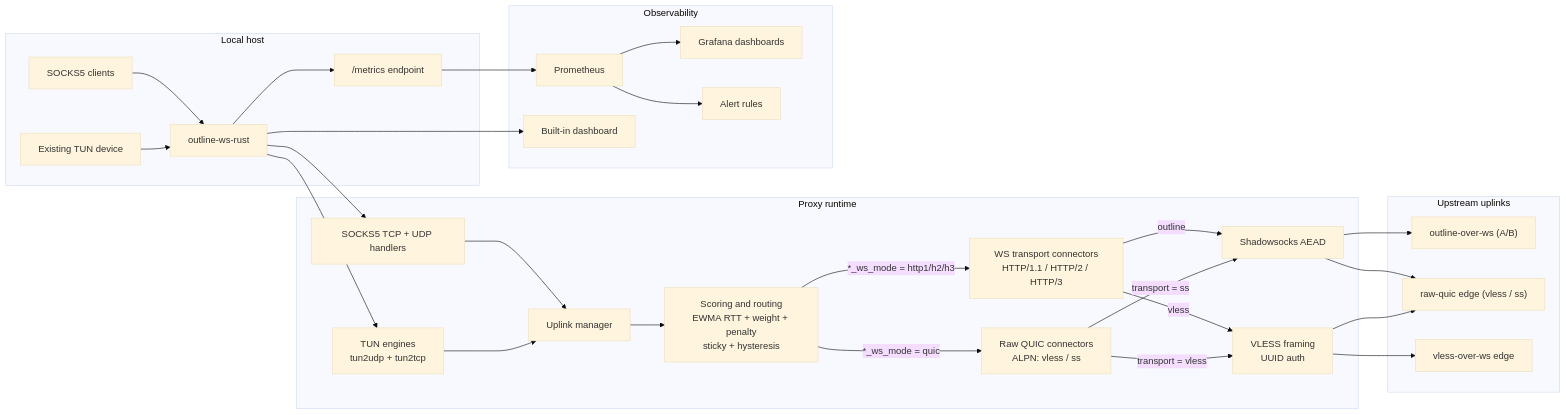
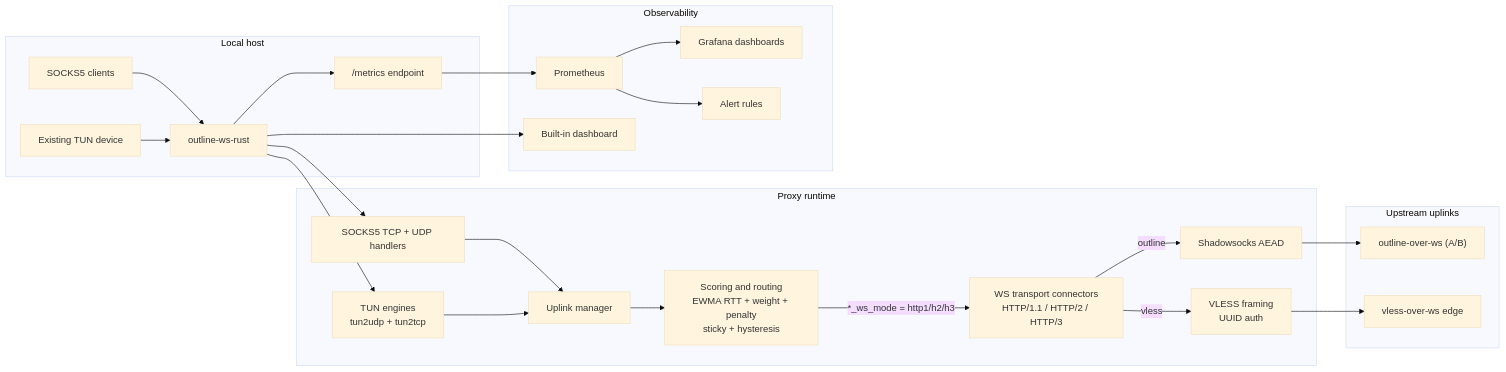
The diagram in bins/outline-ws-rust/README.md (balookrd/outline-proxy), drawn with Mermaid (base theme) before and after one commit. The commit also changed other lines of this file and 30 other files, not shown here.

First line of the commit message:
docs: remove raw-QUIC uplink and reverse-tunnel documentation

````diff
--- a/bins/outline-ws-rust/README.md
+++ b/bins/outline-ws-rust/README.md
@@ -38,64 +37,56 @@
 ```mermaid
 flowchart LR
     subgraph LocalHost["Local host"]
         C["SOCKS5 clients"]
         T["Existing TUN device"]
         P["outline-ws-rust"]
         M["/metrics endpoint"]
         C --> P
         T --> P
         P --> M
     end
 
     subgraph Runtime["Proxy runtime"]
         S["SOCKS5 TCP + UDP handlers"]
         U["Uplink manager"]
         LB["Scoring and routing
 EWMA RTT + weight + penalty
 sticky + hysteresis"]
         WS["WS transport connectors
 HTTP/1.1 / HTTP/2 / HTTP/3"]
-        QC["Raw QUIC connectors
-ALPN: vless / ss"]
         SS["Shadowsocks AEAD"]
         VL["VLESS framing
 UUID auth"]
         TT["TUN engines
 tun2udp + tun2tcp"]
     end
 
     P --> S
     P --> TT
     S --> U
     TT --> U
     U --> LB
     LB -->|"*_ws_mode = http1/h2/h3"| WS
-    LB -->|"*_ws_mode = quic"| QC
     WS -->|"outline"| SS
     WS -->|"vless"| VL
-    QC -->|"transport = ss"| SS
-    QC -->|"transport = vless"| VL
 
     subgraph Upstream["Upstream uplinks"]
         O1["outline-over-ws (A/B)"]
-        O2["raw-quic edge (vless / ss)"]
         O4["vless-over-ws edge"]
     end
 
     SS --> O1
-    SS --> O2
     VL --> O4
-    VL --> O2
 
     subgraph Observability["Observability"]
         PR["Prometheus"]
         DASH["Built-in dashboard"]
         GD["Grafana dashboards"]
         AL["Alert rules"]
     end
 
     M --> PR
     P --> DASH
     PR --> GD
     PR --> AL
 ```
````
